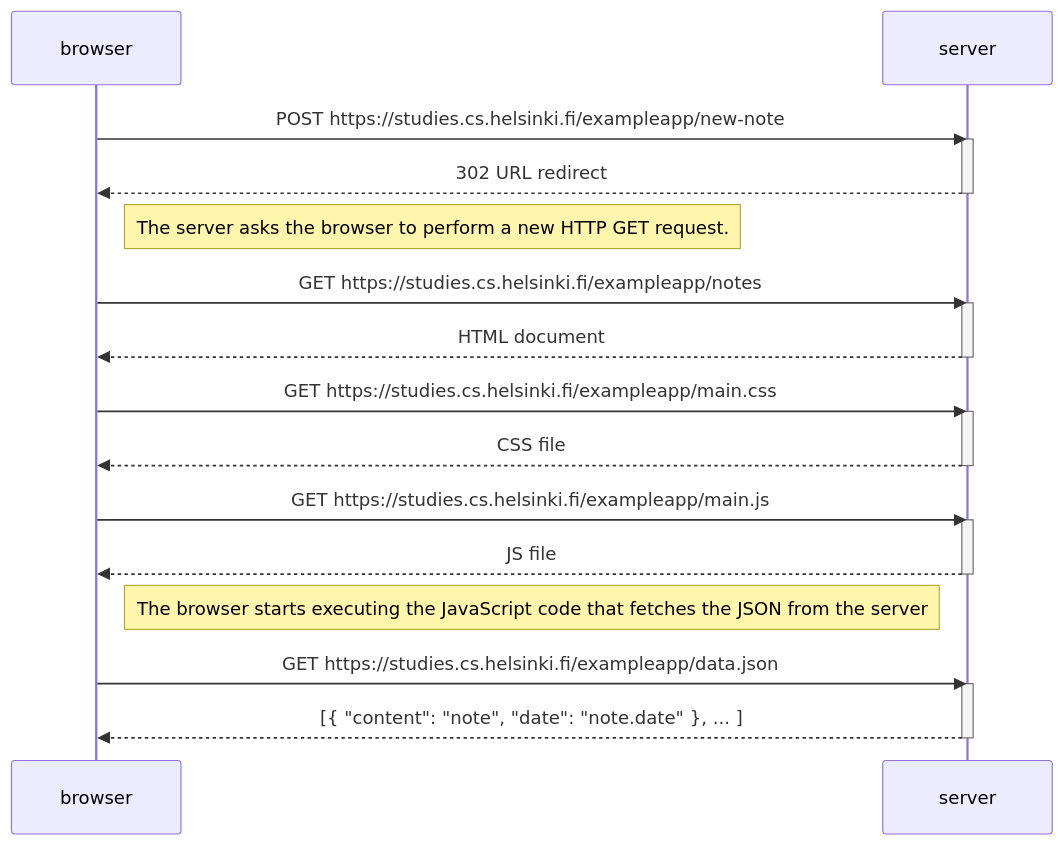
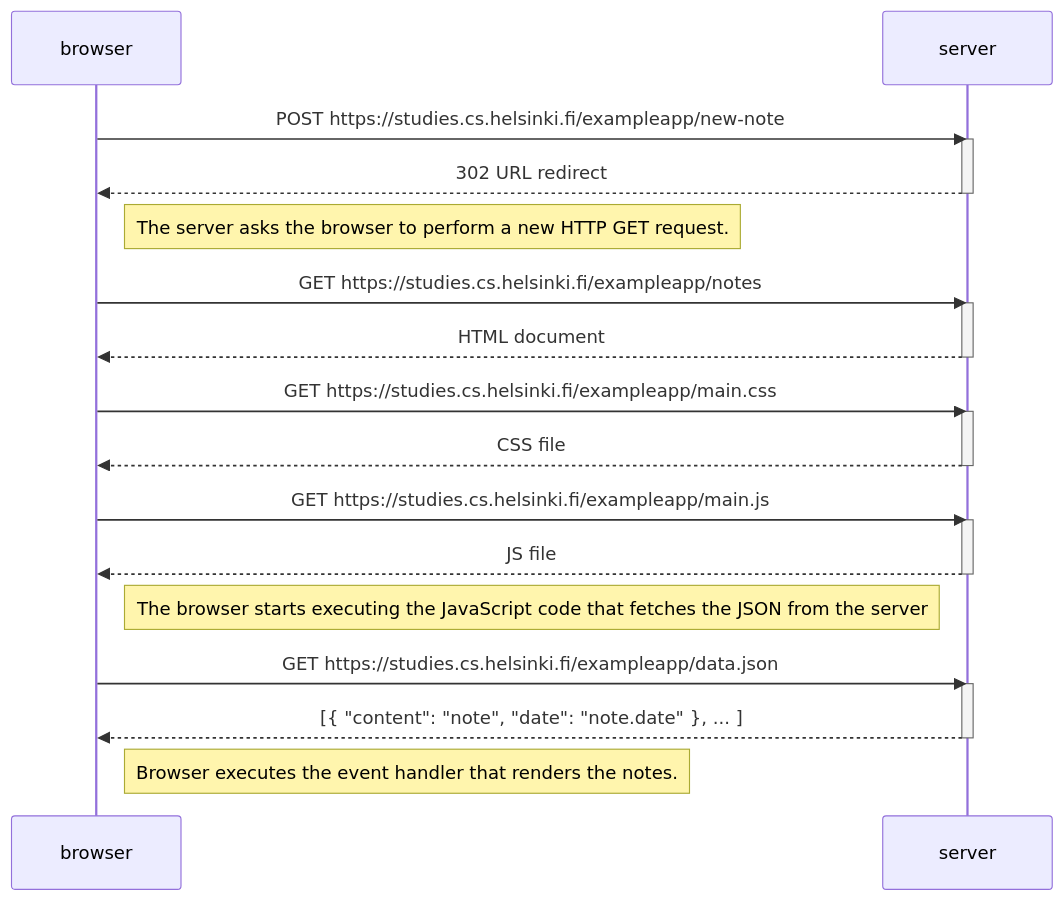
One commit to lozukka/full-stack-open changed the diagram in 0.4/answer.md. Above: the diagram before and after it, drawn with Mermaid. The commit also changed 2 other files, not shown here.

Commit message:
other answers

````diff
--- a/0.4/answer.md
+++ b/0.4/answer.md
@@ -1,34 +1,36 @@
 ```mermaid
 sequenceDiagram
     participant browser
     participant server
 
     browser->>server: POST https://studies.cs.helsinki.fi/exampleapp/new-note
     activate server
     server-->>browser: 302 URL redirect
     deactivate server
+
     Note right of browser: The server asks the browser to perform a new HTTP GET request.
 
     browser->>server: GET https://studies.cs.helsinki.fi/exampleapp/notes
     activate server
     server-->>browser: HTML document
     deactivate server
 
     browser->>server: GET https://studies.cs.helsinki.fi/exampleapp/main.css
     activate server
     server-->>browser: CSS file
     deactivate server
 
     browser->>server: GET https://studies.cs.helsinki.fi/exampleapp/main.js
     activate server
     server-->>browser: JS file
     deactivate server
 
     Note right of browser: The browser starts executing the JavaScript code that fetches the JSON from the server
 
     browser->>server: GET https://studies.cs.helsinki.fi/exampleapp/data.json
     activate server
     server-->>browser: [{ "content": "note", "date": "note.date" }, ... ]
     deactivate server
 
+    Note right of browser: Browser executes the event handler that renders the notes.
 ```
````
